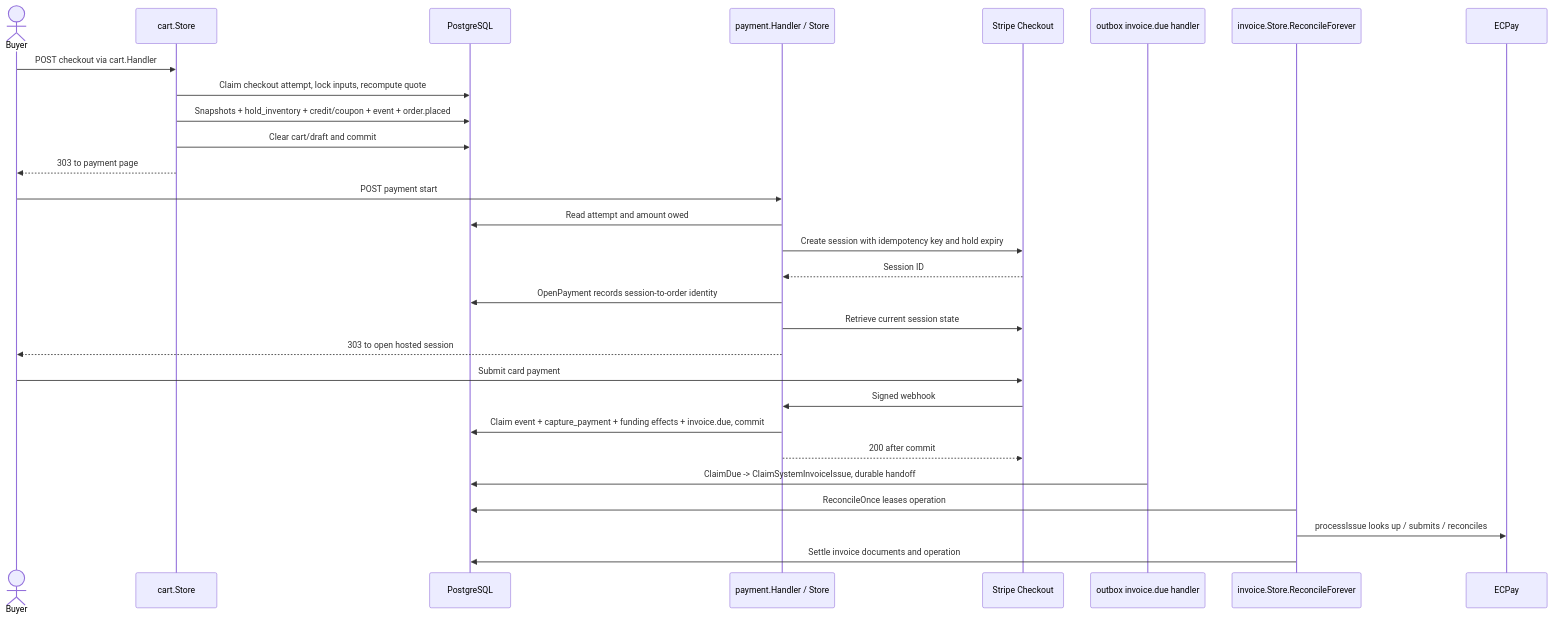
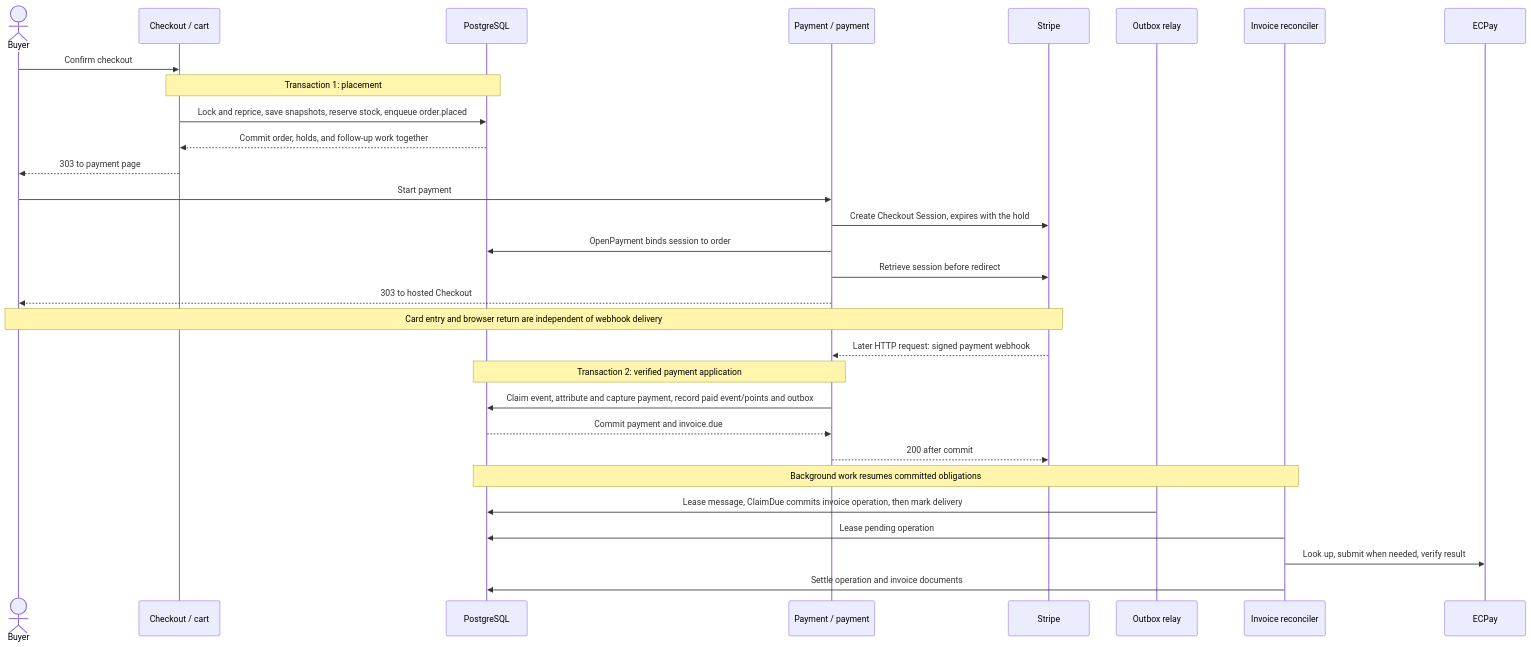
Before and after one commit to Koopa0/goen: the third of 8 diagrams in ARCHITECTURE.md, drawn with Mermaid. The commit also changed other lines of this file, not shown here.

First line of the commit message:
docs: rewrite ARCHITECTURE.md (#1085)

````diff
--- a/ARCHITECTURE.md
+++ b/ARCHITECTURE.md
@@ -293,31 +86,32 @@
 ```mermaid
 sequenceDiagram
     actor Buyer
-    participant Cart as cart.Store
+    participant Checkout as Checkout / cart
     participant DB as PostgreSQL
-    participant Pay as payment.Handler / Store
-    participant Stripe as Stripe Checkout
-    participant Outbox as outbox invoice.due handler
-    participant Reconciler as invoice.Store.ReconcileForever
+    participant Payment as Payment / payment
+    participant Stripe
+    participant Outbox as Outbox relay
+    participant Invoice as Invoice reconciler
     participant ECPay
-    Buyer->>Cart: POST checkout via cart.Handler
-    Cart->>DB: Claim checkout attempt, lock inputs, recompute quote
-    Cart->>DB: Snapshots + hold_inventory + credit/coupon + event + order.placed
-    Cart->>DB: Clear cart/draft and commit
-    Cart-->>Buyer: 303 to payment page
-    Buyer->>Pay: POST payment start
-    Pay->>DB: Read attempt and amount owed
-    Pay->>Stripe: Create session with idempotency key and hold expiry
-    Stripe-->>Pay: Session ID
-    Pay->>DB: OpenPayment records session-to-order identity
-    Pay->>Stripe: Retrieve current session state
-    Pay-->>Buyer: 303 to open hosted session
-    Buyer->>Stripe: Submit card payment
-    Stripe->>Pay: Signed webhook
-    Pay->>DB: Claim event + capture_payment + funding effects + invoice.due, commit
-    Pay-->>Stripe: 200 after commit
-    Outbox->>DB: ClaimDue -> ClaimSystemInvoiceIssue, durable handoff
-    Reconciler->>DB: ReconcileOnce leases operation
-    Reconciler->>ECPay: processIssue looks up / submits / reconciles
-    Reconciler->>DB: Settle invoice documents and operation
+    Buyer->>Checkout: Confirm checkout
+    Note over Checkout,DB: Transaction 1: placement
+    Checkout->>DB: Lock and reprice, save snapshots, reserve stock, enqueue order.placed
+    DB-->>Checkout: Commit order, holds, and follow-up work together
+    Checkout-->>Buyer: 303 to payment page
+    Buyer->>Payment: Start payment
+    Payment->>Stripe: Create Checkout Session, expires with the hold
+    Payment->>DB: OpenPayment binds session to order
+    Payment->>Stripe: Retrieve session before redirect
+    Payment-->>Buyer: 303 to hosted Checkout
+    Note over Buyer,Stripe: Card entry and browser return are independent of webhook delivery
+    Stripe-->>Payment: Later HTTP request: signed payment webhook
+    Note over Payment,DB: Transaction 2: verified payment application
+    Payment->>DB: Claim event, attribute and capture payment, record paid event/points and outbox
+    DB-->>Payment: Commit payment and invoice.due
+    Payment-->>Stripe: 200 after commit
+    Note over DB,Invoice: Background work resumes committed obligations
+    Outbox->>DB: Lease message, ClaimDue commits invoice operation, then mark delivery
+    Invoice->>DB: Lease pending operation
+    Invoice->>ECPay: Look up, submit when needed, verify result
+    Invoice->>DB: Settle operation and invoice documents
 ```
````
